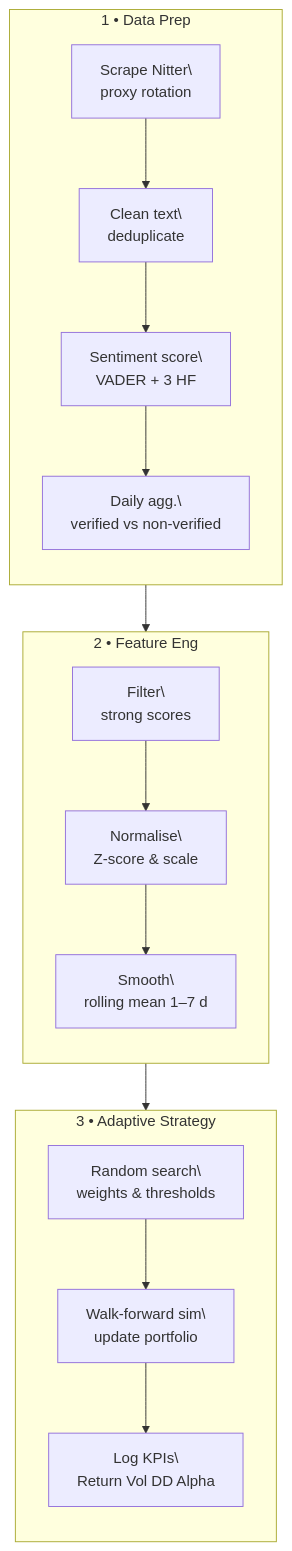
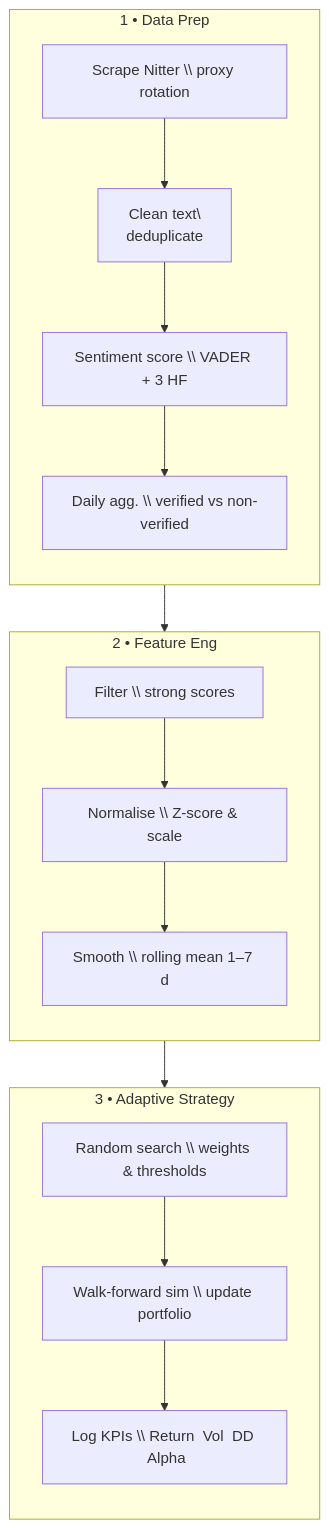
One commit to LimamS-GitHub/Market_sentiment_analysis changed the diagram in README.md. Above: the diagram before and after it, drawn with Mermaid.

````diff
--- a/README.md
+++ b/README.md
@@ -25,26 +25,26 @@
 ```mermaid
 flowchart TD
   %% 1 · DATA PREP
   subgraph STEP1["1 • Data Prep"]
     direction TB
-    A1["Scrape Nitter\\nproxy rotation"] --> A2["Clean text\\ndeduplicate"]
-    A2 --> A3["Sentiment score\\nVADER + 3 HF"]
-    A3 --> A4["Daily agg.\\nverified vs non-verified"]
+    A1["Scrape Nitter \\ proxy rotation"] --> A2["Clean text\\ndeduplicate"]
+    A2 --> A3["Sentiment score \\ VADER + 3 HF"]
+    A3 --> A4["Daily agg. \\ verified vs non-verified"]
   end
 
   %% 2 · FEATURE ENG
   subgraph STEP2["2 • Feature Eng"]
     direction TB
-    A4 --> B1["Filter\\nstrong scores"]
-    B1 --> B2["Normalise\\nZ-score & scale"]
-    B2 --> B3["Smooth\\nrolling mean 1–7 d"]
+    A4 --> B1["Filter \\ strong scores"]
+    B1 --> B2["Normalise \\ Z-score & scale"]
+    B2 --> B3["Smooth \\ rolling mean 1–7 d"]
   end
 
   %% 3 · ADAPTIVE STRATEGY
   subgraph STEP3["3 • Adaptive Strategy"]
     direction TB
-    B3 --> C1["Random search\\nweights & thresholds"]
-    C1 --> C2["Walk-forward sim\\nupdate portfolio"]
-    C2 --> C3["Log KPIs\\nReturn  Vol  DD  Alpha"]
+    B3 --> C1["Random search \\ weights & thresholds"]
+    C1 --> C2["Walk-forward sim \\ update portfolio"]
+    C2 --> C3["Log KPIs \\ Return  Vol  DD  Alpha"]
   end
 ```
````
